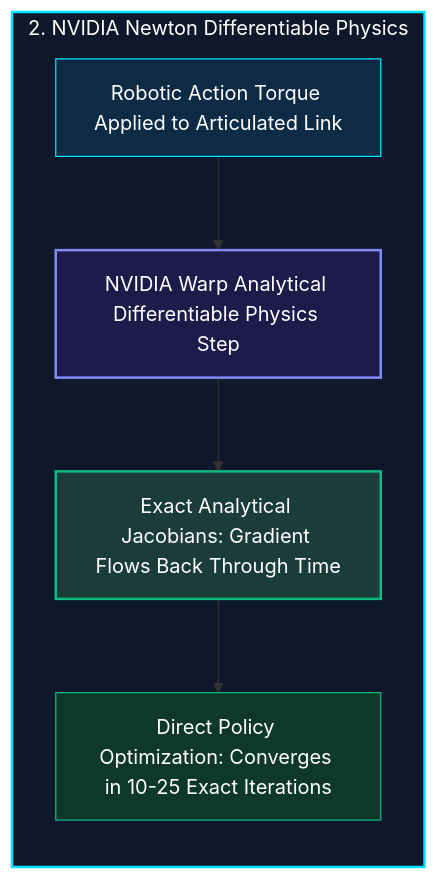
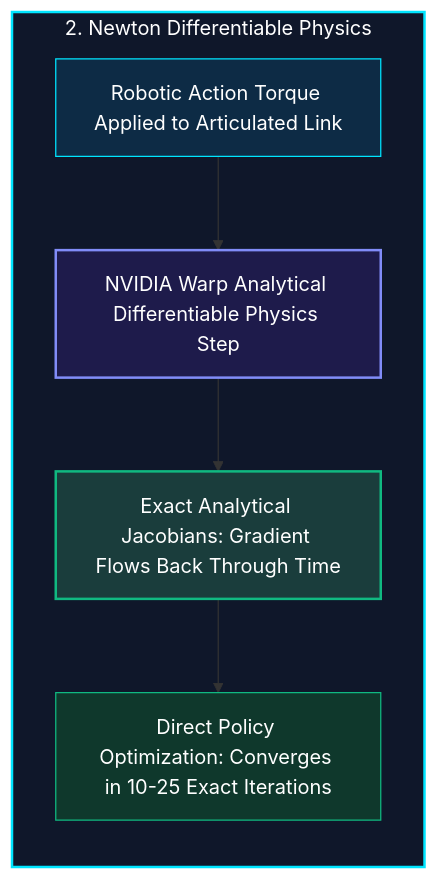
The second of 5 diagrams in contents/blog/0091-inside-nvidia-newton-differentiable-physics-engine/index.md (narenandu/narenvadapalli_dot_com), drawn with Mermaid before and after one commit. The commit also changed other lines of this file and 1 other file, not shown here.

Commit message:
fix(blog): update Newton naming and remove part number from title (0091)

````diff
--- a/contents/blog/0091-inside-nvidia-newton-differentiable-physics-engine/index.md
+++ b/contents/blog/0091-inside-nvidia-newton-differentiable-physics-engine/index.md
@@ -63,14 +63,14 @@
 ```mermaid
 flowchart TD
-    subgraph DifferentiableNewton["2. NVIDIA Newton Differentiable Physics"]
+    subgraph DifferentiableNewton["2. Newton Differentiable Physics"]
         direction TB
         N1["Robotic Action Torque Applied to Articulated Link"] --> N2["NVIDIA Warp Analytical Differentiable Physics Step"]
         N2 --> N3["Exact Analytical Jacobians: Gradient Flows Back Through Time"]
         N3 --> N4["Direct Policy Optimization: Converges in 10-25 Exact Iterations"]
     end
     style DifferentiableNewton fill:#0f172a,stroke:#00e5ff,stroke-width:2px,color:#ffffff
     style N1 fill:#0d2b45,stroke:#00e5ff,stroke-width:1px,color:#ffffff
     style N2 fill:#1e1b4b,stroke:#818cf8,stroke-width:2px,color:#ffffff
     style N3 fill:#1a3d3c,stroke:#10b981,stroke-width:2px,color:#ffffff
     style N4 fill:#0f382c,stroke:#10b981,stroke-width:1px,color:#ffffff
 ```
````
